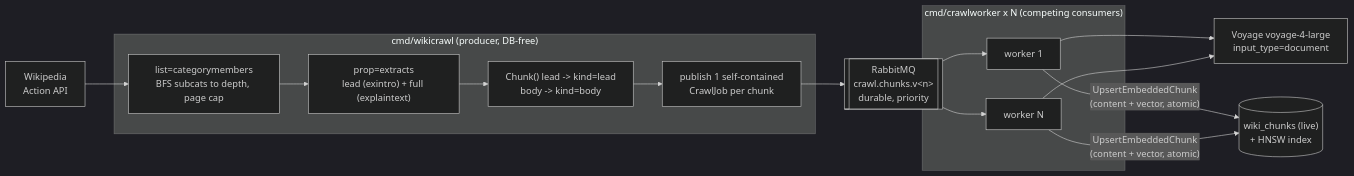
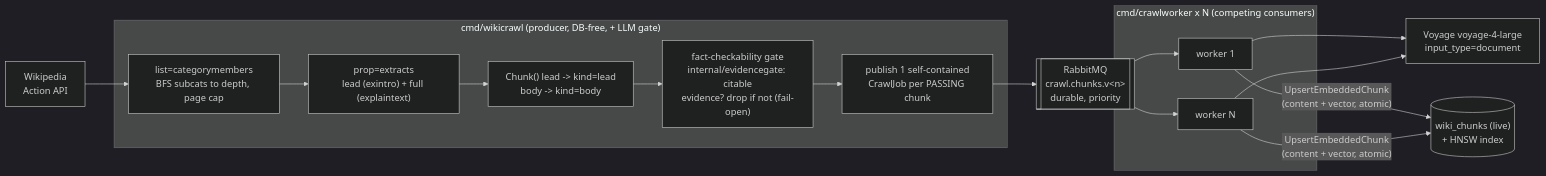
Before and after one commit to verovec/truth-in-stream: the fifth of 5 diagrams in docs/ingestion-pipeline.md, drawn with Mermaid (dark theme). The commit also changed other lines of this file and 9 other files, not shown here.

First line of the commit message:
feat(ingest): fact-checkability gate in the crawl producer (VER-78)

````diff
--- a/docs/ingestion-pipeline.md
+++ b/docs/ingestion-pipeline.md
@@ -615,22 +615,23 @@
 ```mermaid
 flowchart LR
     CAT["Wikipedia<br/>Action API"]
-    subgraph PROD["cmd/wikicrawl (producer, DB-free)"]
+    subgraph PROD["cmd/wikicrawl (producer, DB-free, + LLM gate)"]
       M["list=categorymembers<br/>BFS subcats to depth, page cap"]
       X["prop=extracts<br/>lead (exintro) + full (explaintext)"]
       C["Chunk() lead -> kind=lead<br/>body  -> kind=body"]
-      P["publish 1 self-contained<br/>CrawlJob per chunk"]
+      G["fact-checkability gate<br/>internal/evidencegate: citable<br/>evidence? drop if not (fail-open)"]
+      P["publish 1 self-contained<br/>CrawlJob per PASSING chunk"]
     end
     Q[["RabbitMQ<br/>crawl.chunks.v&lt;n&gt;<br/>durable, priority"]]
     subgraph FLEET["cmd/crawlworker x N (competing consumers)"]
       W1["worker 1"]
       WN["worker N"]
     end
     V["Voyage voyage-4-large<br/>input_type=document"]
     LIVE[("wiki_chunks (live)<br/>+ HNSW index")]
 
-    CAT --> M --> X --> C --> P --> Q
+    CAT --> M --> X --> C --> G --> P --> Q
     Q --> W1 & WN
     W1 & WN --> V
     W1 & WN -->|"UpsertEmbeddedChunk<br/>(content + vector, atomic)"| LIVE
 ```
````
